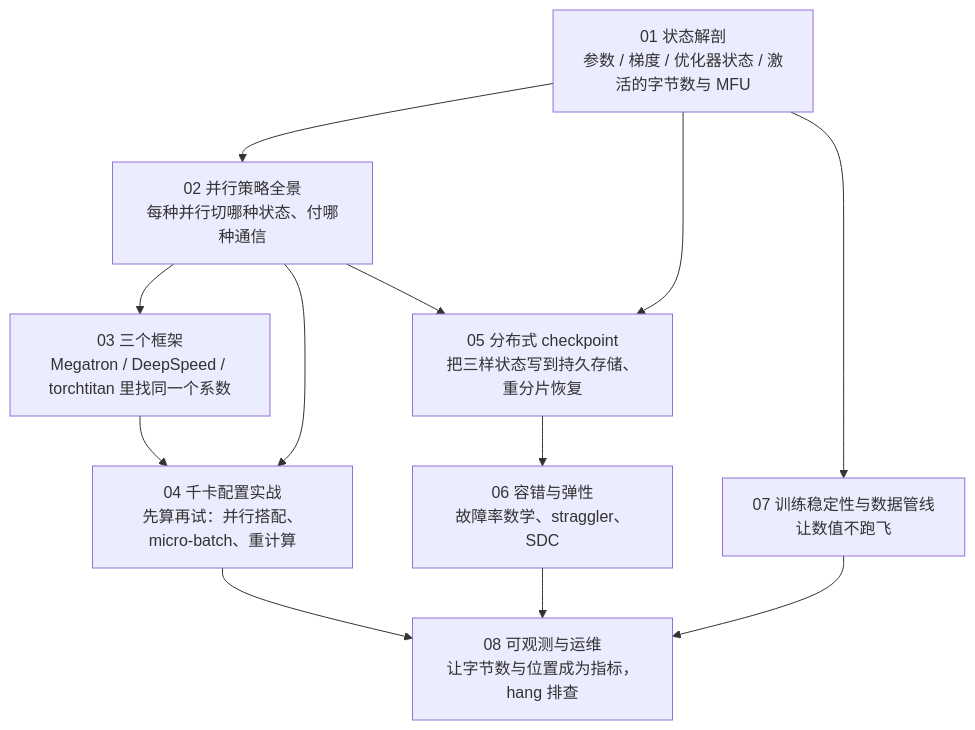
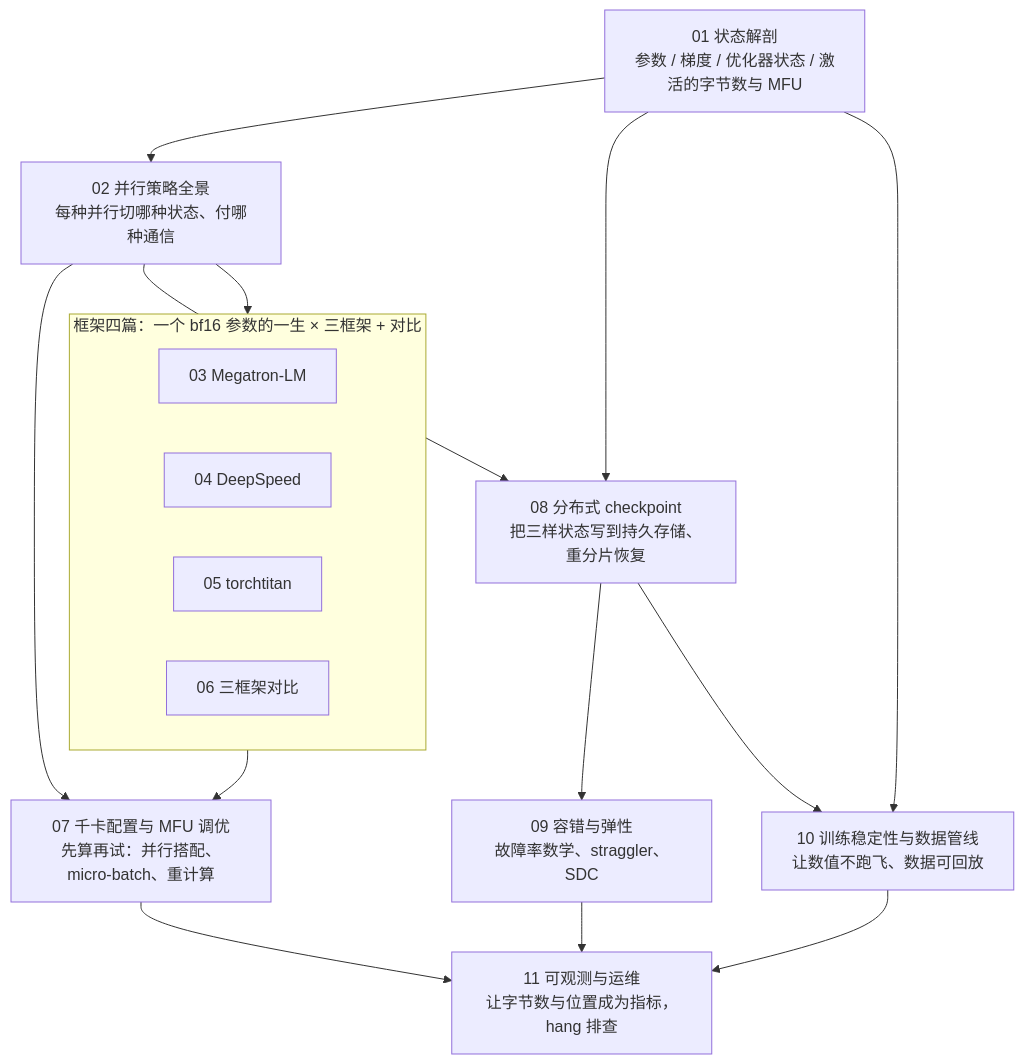
Before and after one commit to arganzheng/arganzheng.github.com: the first of 2 diagrams in _posts/2026-07-29-large-scale-training-series-recap-and-self-test.md, drawn with Mermaid. The commit also changed other lines of this file and 2 other files, not shown here.

Commit message:
12：编号漂移修正（8篇→11篇映射）+ ledger toy 重算嵌入 + 两张新图

````diff
--- a/_posts/2026-07-29-large-scale-training-series-recap-and-self-test.md
+++ b/_posts/2026-07-29-large-scale-training-series-recap-and-self-test.md
@@ -19,13 +19,20 @@
 ```mermaid
 %%{init: {"flowchart": {"wrappingWidth": 200}}}%%
 %% 图：大规模训练全景：围绕四种状态组织——算账、切分、落盘、重建、稳数值、看指标
 flowchart TB
     L1["01 状态解剖<br/>参数 / 梯度 / 优化器状态 / 激活的字节数与 MFU"] --> L2["02 并行策略全景<br/>每种并行切哪种状态、付哪种通信"]
-    L2 --> L3["03 三个框架<br/>Megatron / DeepSpeed / torchtitan 里找同一个系数"]
-    L2 & L3 --> L4["04 千卡配置实战<br/>先算再试：并行搭配、micro-batch、重计算"]
-    L1 & L2 --> L5["05 分布式 checkpoint<br/>把三样状态写到持久存储、重分片恢复"]
-    L5 --> L6["06 容错与弹性<br/>故障率数学、straggler、SDC"]
-    L1 --> L7["07 训练稳定性与数据管线<br/>让数值不跑飞"]
-    L4 & L6 & L7 --> L8["08 可观测与运维<br/>让字节数与位置成为指标，hang 排查"]
+    L2 --> F
+    subgraph F["框架四篇：一个 bf16 参数的一生 × 三框架 + 对比"]
+        L3["03 Megatron-LM"]
+        L4["04 DeepSpeed"]
+        L5["05 torchtitan"]
+        L6["06 三框架对比"]
+    end
+    L2 & F --> L7["07 千卡配置与 MFU 调优<br/>先算再试：并行搭配、micro-batch、重计算"]
+    L1 & L2 --> L8["08 分布式 checkpoint<br/>把三样状态写到持久存储、重分片恢复"]
+    L8 --> L9["09 容错与弹性<br/>故障率数学、straggler、SDC"]
+    L1 --> L10["10 训练稳定性与数据管线<br/>让数值不跑飞、数据可回放"]
+    L8 --> L10
+    L7 & L9 & L10 --> L11["11 可观测与运维<br/>让字节数与位置成为指标，hang 排查"]
 
 ```
````
